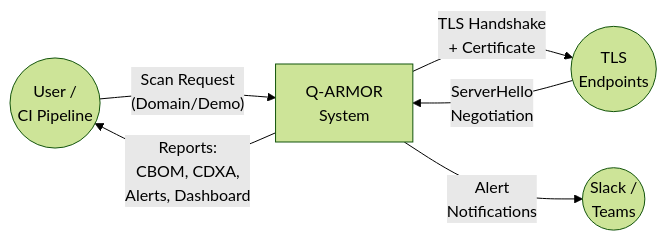
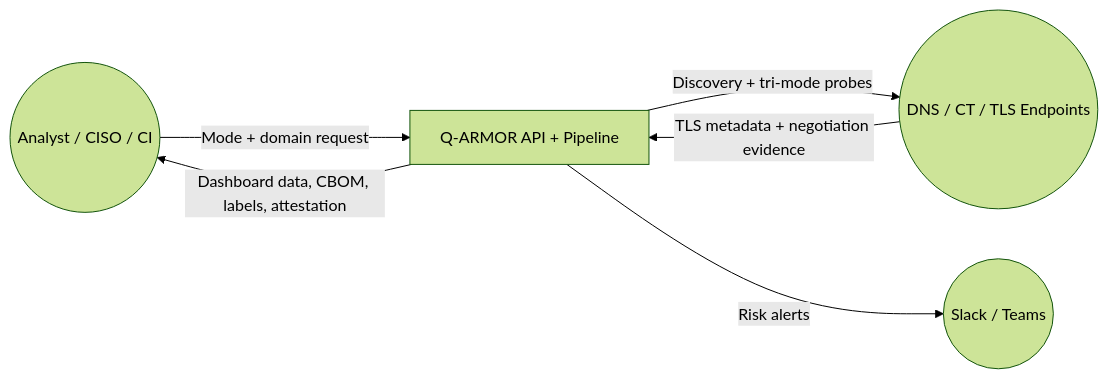
Before and after one commit to Aniket03052006/PNB: the second of 8 diagrams in README.md, drawn with Mermaid (forest theme). The commit also changed other lines of this file and 15 other files, not shown here.

````diff
--- a/README.md
+++ b/README.md
@@ -529,13 +622,13 @@
 ```mermaid
 graph LR
-    User(("User /<br/>CI Pipeline"))
-    QARMOR["Q-ARMOR<br/>System"]
-    Targets(("TLS<br/>Endpoints"))
-    Webhooks(("Slack /<br/>Teams"))
+    User(("Analyst / CISO / CI"))
+    App["Q-ARMOR API + Pipeline"]
+    Target(("DNS / CT / TLS Endpoints"))
+    Notify(("Slack / Teams"))
 
-    User -- "Scan Request<br/>(Domain/Demo)" --> QARMOR
-    QARMOR -- "TLS Handshake<br/>+ Certificate" --> Targets
-    Targets -- "ServerHello<br/>Negotiation" --> QARMOR
-    QARMOR -- "Reports:<br/>CBOM, CDXA,<br/>Alerts, Dashboard" --> User
-    QARMOR -- "Alert<br/>Notifications" --> Webhooks
+    User -- "Mode + domain request" --> App
+    App -- "Discovery + tri-mode probes" --> Target
+    Target -- "TLS metadata + negotiation evidence" --> App
+    App -- "Dashboard data, CBOM, labels, attestation" --> User
+    App -- "Risk alerts" --> Notify
 ```
````
